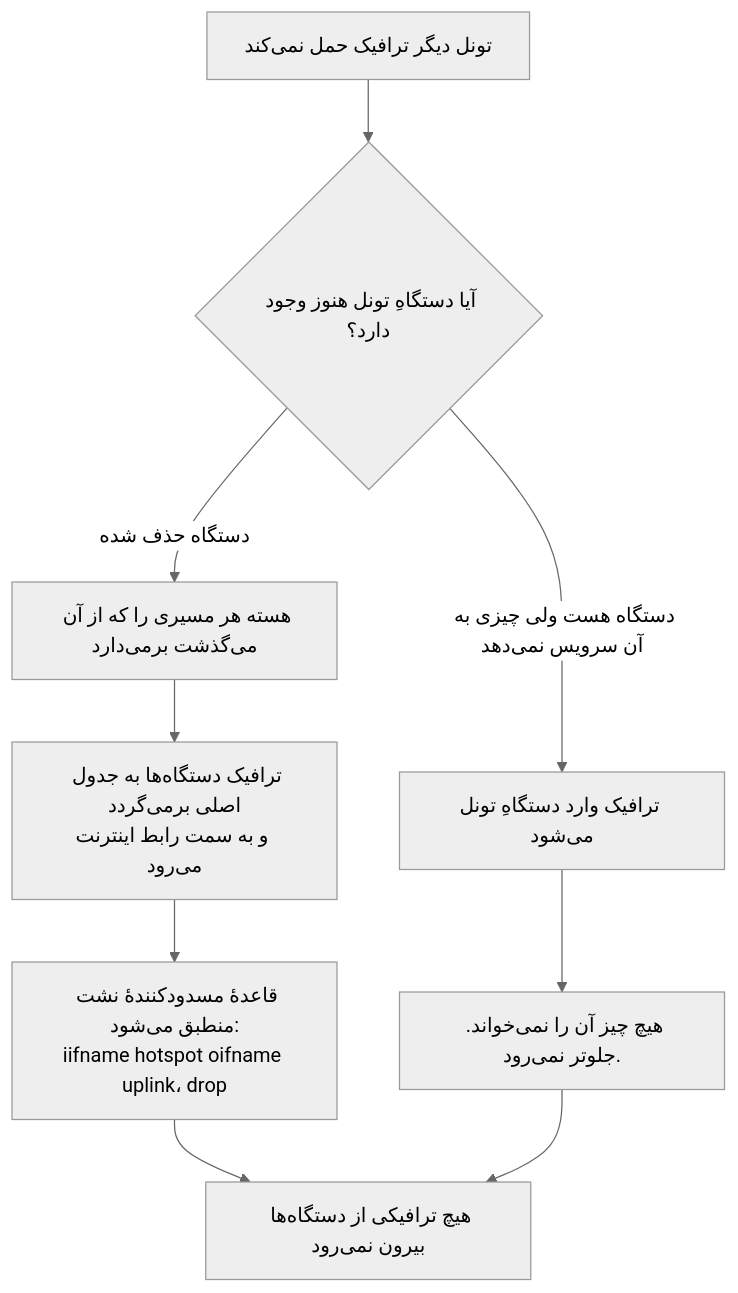
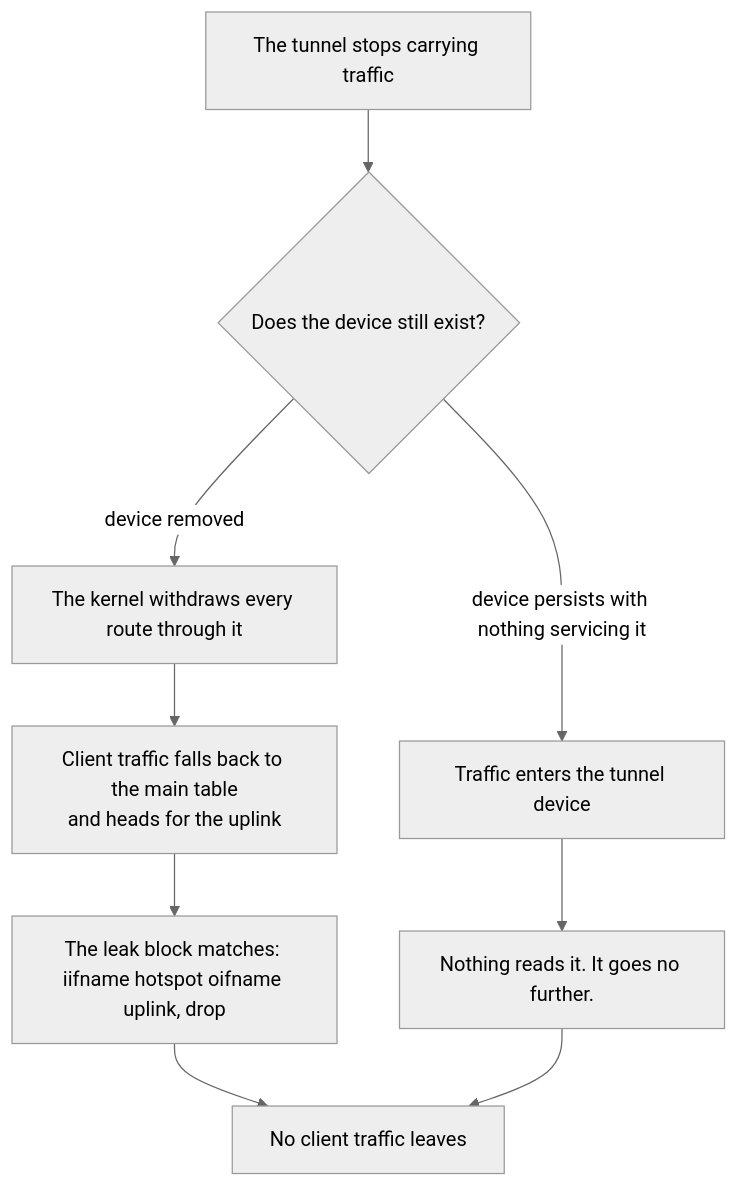
Before and after one commit to Iman/caspian: the sixth of 8 diagrams in docs/wiki/Architecture.fa.md, drawn with Mermaid (neutral theme). The commit also changed other lines of this file and 149 other files, not shown here.

````diff
--- a/docs/wiki/Architecture.fa.md
+++ b/docs/wiki/Architecture.fa.md
@@ -285,11 +266,11 @@
 ```mermaid
 flowchart TB
-    GONE["تونل دیگر ترافیک حمل نمی‌کند"] --> Q{"آیا دستگاهِ تونل هنوز وجود دارد؟"}
-    Q -->|"دستگاه حذف شده"| WD["هسته هر مسیری را که از آن می‌گذشت برمی‌دارد"]
-    WD --> FB["ترافیک دستگاه‌ها به جدول اصلی برمی‌گردد<br/>و به سمت رابط اینترنت می‌رود"]
-    FB --> LB["قاعدهٔ مسدودکنندهٔ نشت منطبق می‌شود:<br/>iifname hotspot oifname uplink، drop"]
-    Q -->|"دستگاه هست ولی چیزی به آن سرویس نمی‌دهد"| ENTER["ترافیک وارد دستگاهِ تونل می‌شود"]
-    ENTER --> NOWHERE["هیچ چیز آن را نمی‌خواند. جلوتر نمی‌رود."]
-    LB --> SAFE["هیچ ترافیکی از دستگاه‌ها بیرون نمی‌رود"]
+    GONE["The tunnel stops carrying traffic"] --> Q{"Does the device still exist?"}
+    Q -->|"device removed"| WD["The kernel withdraws every route through it"]
+    WD --> FB["Client traffic falls back to the main table<br/>and heads for the uplink"]
+    FB --> LB["The leak block matches: iifname hotspot oifname uplink, drop"]
+    Q -->|"device persists with nothing servicing it"| ENTER["Traffic enters the tunnel device"]
+    ENTER --> NOWHERE["Nothing reads it. It goes no further."]
+    LB --> SAFE["No client traffic leaves"]
     NOWHERE --> SAFE
 ```
````
